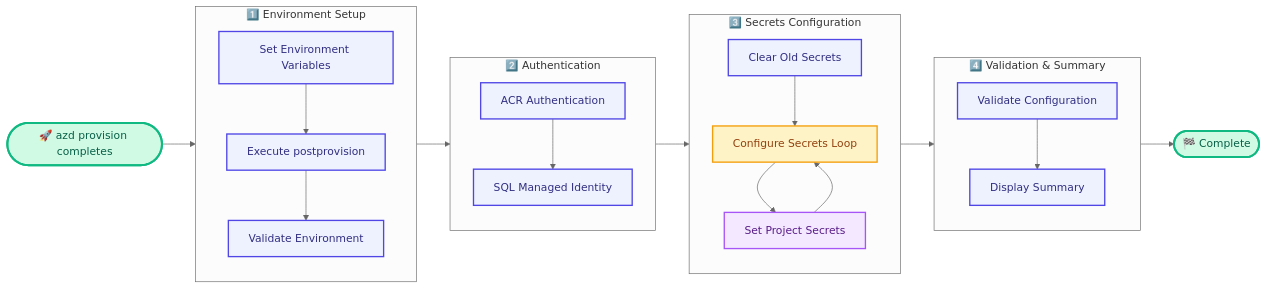
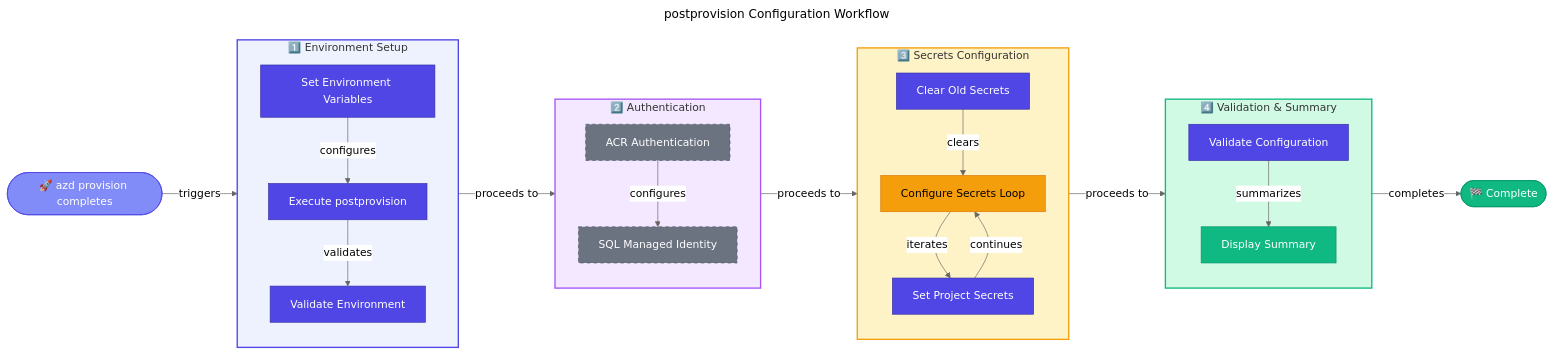
One commit to Evilazaro/Azure-LogicApps-Monitoring changed the diagram in docs/hooks/postprovision.md. Above: the diagram before and after it, drawn with Mermaid (neutral theme). The commit also changed 6 other files, not shown here.

First line of the commit message:
Refactor workflow diagrams in documentation for clarity and consistency

````diff
--- a/docs/hooks/postprovision.md
+++ b/docs/hooks/postprovision.md
@@ -492,55 +492,70 @@
 ```mermaid
+---
+title: postprovision Configuration Workflow
+---
 flowchart LR
-    Start(["🚀 azd provision completes"])
-    Complete(["🏁 Complete"])
+    %% ===== STYLE DEFINITIONS =====
+    classDef primary fill:#4F46E5,stroke:#3730A3,color:#FFFFFF
+    classDef secondary fill:#10B981,stroke:#059669,color:#FFFFFF
+    classDef datastore fill:#F59E0B,stroke:#D97706,color:#000000
+    classDef external fill:#6B7280,stroke:#4B5563,color:#FFFFFF,stroke-dasharray: 5 5
+    classDef failed fill:#F44336,stroke:#C62828,color:#FFFFFF
+    classDef trigger fill:#818CF8,stroke:#4F46E5,color:#FFFFFF
+    classDef decision fill:#FFFBEB,stroke:#F59E0B,color:#000000
+    classDef input fill:#F3F4F6,stroke:#6B7280,color:#000000
 
-    Start --> EnvironmentSetup
+    %% ===== ENTRY AND EXIT =====
+    Start(["🚀 azd provision completes"]):::trigger
+    Complete(["🏁 Complete"]):::secondary
 
+    Start -->|"triggers"| EnvironmentSetup
+
+    %% ===== PHASE 1: ENVIRONMENT SETUP =====
     subgraph EnvironmentSetup["1️⃣ Environment Setup"]
         direction TB
-        SetEnv["Set Environment Variables"]
-        Execute["Execute postprovision"]
-        Validate["Validate Environment"]
-        SetEnv --> Execute
-        Execute --> Validate
+        SetEnv["Set Environment Variables"]:::primary
+        Execute["Execute postprovision"]:::primary
+        Validate["Validate Environment"]:::primary
+        SetEnv -->|"configures"| Execute
+        Execute -->|"validates"| Validate
     end
 
+    %% ===== PHASE 2: AUTHENTICATION =====
     subgraph Authentication["2️⃣ Authentication"]
         direction TB
-        ACRAuth["ACR Authentication"]
-        SQLConfig["SQL Managed Identity"]
-        ACRAuth --> SQLConfig
+        ACRAuth["ACR Authentication"]:::external
+        SQLConfig["SQL Managed Identity"]:::external
+        ACRAuth -->|"configures"| SQLConfig
     end
 
+    %% ===== PHASE 3: SECRETS CONFIGURATION =====
     subgraph SecretsConfig["3️⃣ Secrets Configuration"]
         direction TB
-        Clear["Clear Old Secrets"]
-        ConfigLoop["Configure Secrets Loop"]
-        ConfigProject["Set Project Secrets"]
-        Clear --> ConfigLoop
-        ConfigLoop --> ConfigProject
-        ConfigProject --> ConfigLoop
+        Clear["Clear Old Secrets"]:::primary
+        ConfigLoop["Configure Secrets Loop"]:::datastore
+        ConfigProject["Set Project Secrets"]:::primary
+        Clear -->|"clears"| ConfigLoop
+        ConfigLoop -->|"iterates"| ConfigProject
+        ConfigProject -->|"continues"| ConfigLoop
     end
 
+    %% ===== PHASE 4: VALIDATION =====
     subgraph ValidationPhase["4️⃣ Validation & Summary"]
         direction TB
-        Validate2["Validate Configuration"]
-        Summary["Display Summary"]
-        Validate2 --> Summary
+        Validate2["Validate Configuration"]:::primary
+        Summary["Display Summary"]:::secondary
+        Validate2 -->|"summarizes"| Summary
     end
 
-    EnvironmentSetup --> Authentication
-    Authentication --> SecretsConfig
-    SecretsConfig --> ValidationPhase
-    ValidationPhase --> Complete
+    %% ===== FLOW CONNECTIONS =====
+    EnvironmentSetup -->|"proceeds to"| Authentication
+    Authentication -->|"proceeds to"| SecretsConfig
+    SecretsConfig -->|"proceeds to"| ValidationPhase
+    ValidationPhase -->|"completes"| Complete
 
-    classDef startEnd fill:#D1FAE5,stroke:#10B981,stroke-width:3px,color:#065F46
-    classDef process fill:#EEF2FF,stroke:#4F46E5,stroke-width:2px,color:#312E81
-    classDef config fill:#F3E8FF,stroke:#A855F7,stroke-width:2px,color:#581C87
-    classDef loop fill:#FEF3C7,stroke:#F59E0B,stroke-width:2px,color:#92400E
-
-    class Start,Complete startEnd
-    class SetEnv,Execute,Validate,ACRAuth,SQLConfig,Clear,Validate2,Summary process
-    class ConfigLoop loop
-    class ConfigProject config
+    %% ===== SUBGRAPH STYLES =====
+    style EnvironmentSetup fill:#EEF2FF,stroke:#4F46E5,stroke-width:2px
+    style Authentication fill:#F3E8FF,stroke:#A855F7,stroke-width:2px
+    style SecretsConfig fill:#FEF3C7,stroke:#F59E0B,stroke-width:2px
+    style ValidationPhase fill:#D1FAE5,stroke:#10B981,stroke-width:2px
 ```
````
